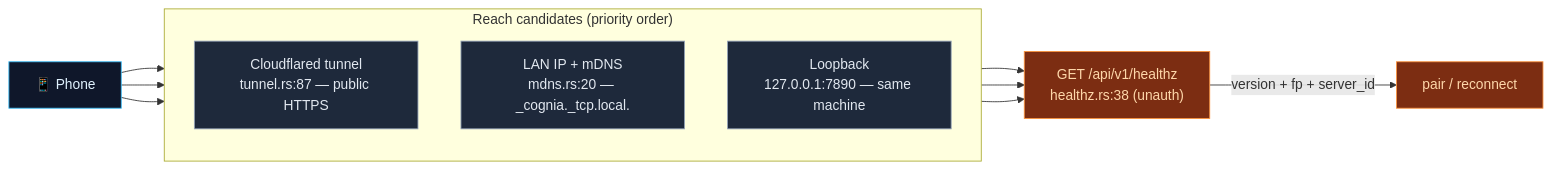
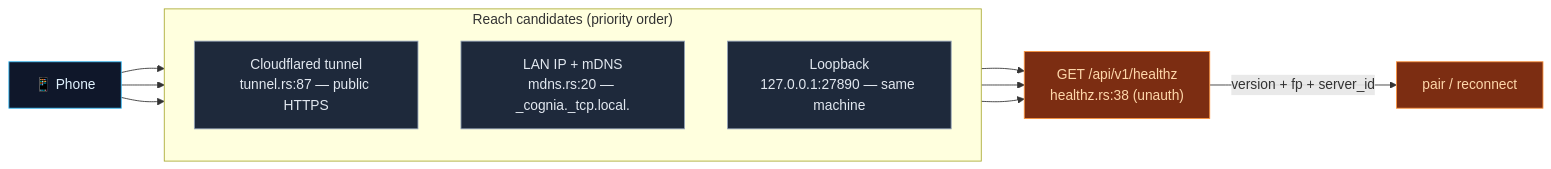
One commit to MaxQian888/cognia-next changed the diagram in docs/content/docs/en/subsystems/companion-api/discovery-tunnel.mdx. Above: the diagram before and after it, drawn with Mermaid. The commit also changed 21 other files, not shown here.

````diff
--- a/docs/content/docs/en/subsystems/companion-api/discovery-tunnel.mdx
+++ b/docs/content/docs/en/subsystems/companion-api/discovery-tunnel.mdx
@@ -33,27 +33,27 @@
 ```mermaid
 flowchart LR
   PHONE["📱 Phone"]
   subgraph REACH["Reach candidates (priority order)"]
     direction TB
     TUN["Cloudflared tunnel<br/>tunnel.rs:87 — public HTTPS"]
     LAN["LAN IP + mDNS<br/>mdns.rs:20 — _cognia._tcp.local."]
-    LOOP["Loopback<br/>127.0.0.1:7890 — same machine"]
+    LOOP["Loopback<br/>127.0.0.1:27890 — same machine"]
   end
   HEALTH["GET /api/v1/healthz<br/>healthz.rs:38 (unauth)"]
   PAIR["pair / reconnect"]
 
   PHONE --> TUN
   PHONE --> LAN
   PHONE --> LOOP
   TUN --> HEALTH
   LAN --> HEALTH
   LOOP --> HEALTH
   HEALTH -- "version + fp + server_id" --> PAIR
 
   classDef p fill:#0f172a,stroke:#38bdf8,color:#e0f2fe
   classDef r fill:#1e293b,stroke:#94a3b8,color:#e2e8f0
   classDef h fill:#7c2d12,stroke:#fb923c,color:#fed7aa
   class PHONE p
   class TUN,LAN,LOOP r
   class HEALTH,PAIR h
 ```
````
